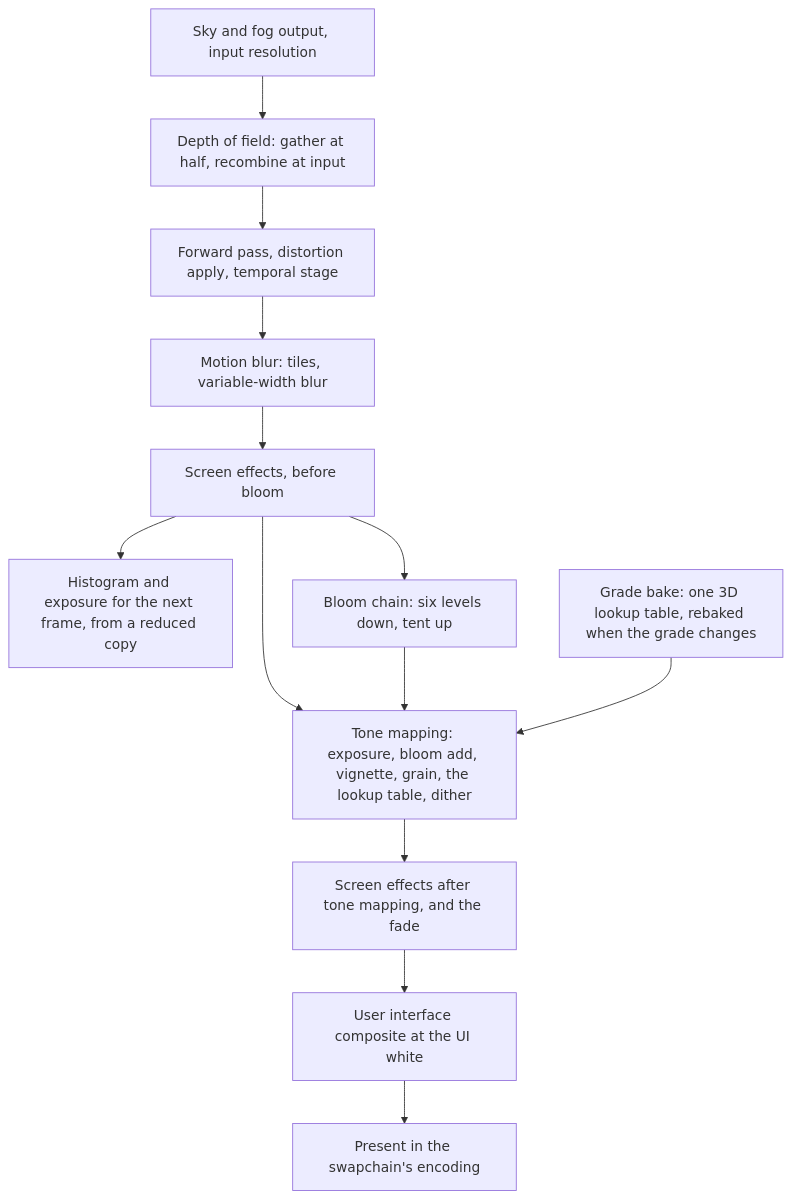
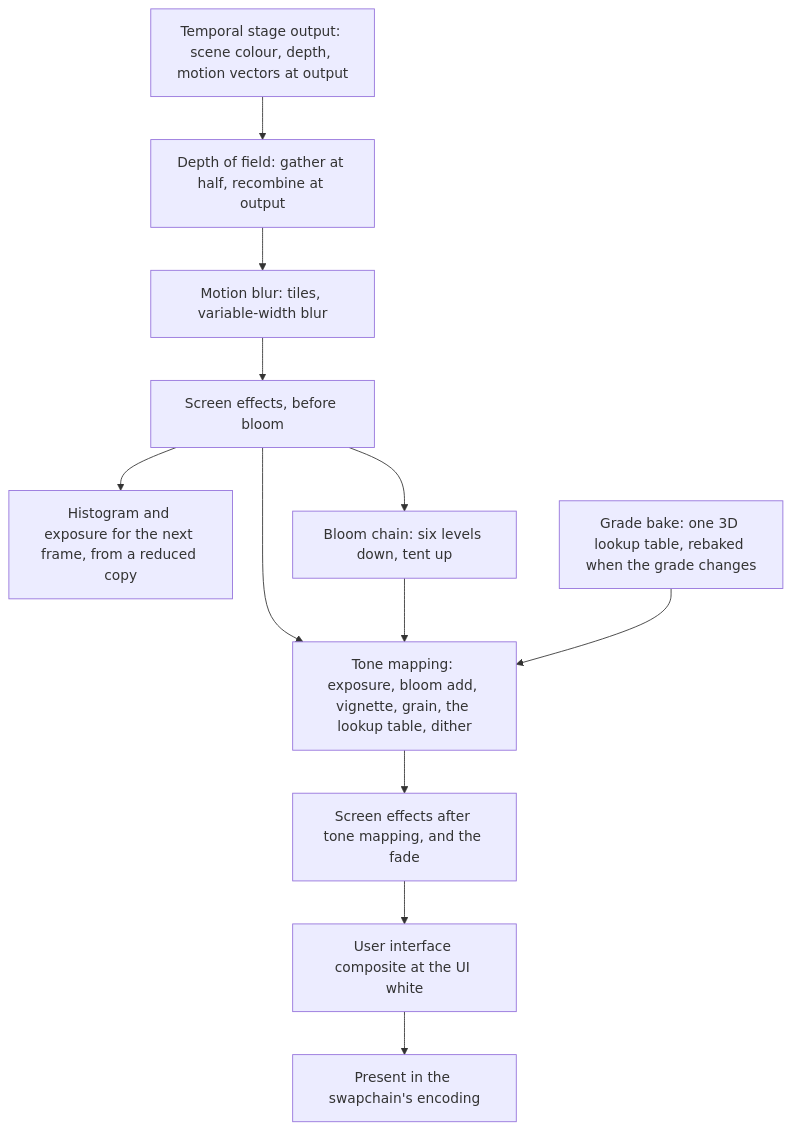
The second of 3 diagrams in docs/architecture/post-processing.md (plainsight-systems/bullet-witch), drawn with Mermaid before and after one commit. The commit also changed other lines of this file and 13 other files, not shown here.

````diff
--- a/docs/architecture/post-processing.md
+++ b/docs/architecture/post-processing.md
@@ -108,15 +112,14 @@
 ```mermaid
 flowchart TD
-    SF["Sky and fog output, input resolution"] --> DF["Depth of field: gather at half, recombine at input"]
-    DF --> FW["Forward pass, distortion apply, temporal stage"]
-    FW --> MB["Motion blur: tiles, variable-width blur"]
+    TS["Temporal stage output: scene colour, depth, motion vectors at output"] --> DF["Depth of field: gather at half, recombine at output"]
+    DF --> MB["Motion blur: tiles, variable-width blur"]
     MB --> E1["Screen effects, before bloom"]
     E1 --> HG["Histogram and exposure for the next frame, from a reduced copy"]
     E1 --> BL["Bloom chain: six levels down, tent up"]
     E1 --> TM["Tone mapping: exposure, bloom add, vignette, grain, the lookup table, dither"]
     BL --> TM
     GR["Grade bake: one 3D lookup table, rebaked when the grade changes"] --> TM
     TM --> E2["Screen effects after tone mapping, and the fade"]
     E2 --> UI["User interface composite at the UI white"]
     UI --> PR["Present in the swapchain's encoding"]
 ```
````
